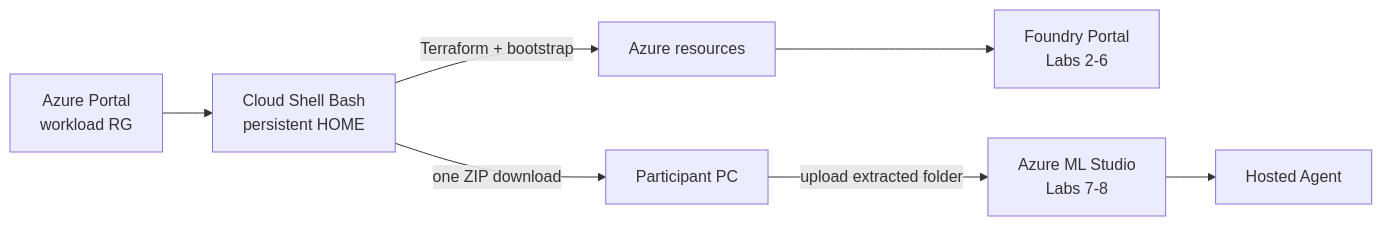
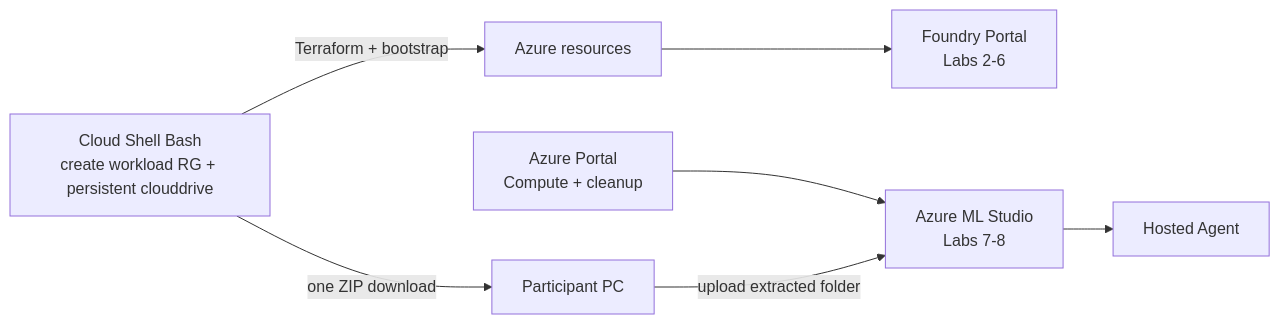
The diagram in docs/architecture.md (matayuuu/Microsoft-Foundry-Agent-Service-Handson), drawn with Mermaid before and after one commit. The commit also changed other lines of this file and 22 other files, not shown here.

Commit message:
Fix Cloud Shell persistent storage workflow

````diff
--- a/docs/architecture.md
+++ b/docs/architecture.md
@@ -28,9 +28,10 @@
 ```mermaid
 flowchart LR
-  AP[Azure Portal<br/>workload RG] --> CS[Cloud Shell Bash<br/>persistent HOME]
+  CS[Cloud Shell Bash<br/>create workload RG + persistent clouddrive]
   CS -->|Terraform + bootstrap| AZ[Azure resources]
   CS -->|one ZIP download| PC[Participant PC]
   AZ --> FP[Foundry Portal<br/>Labs 2-6]
+  AP[Azure Portal<br/>Compute + cleanup] --> ML
   PC -->|upload extracted folder| ML[Azure ML Studio<br/>Labs 7-8]
   ML --> HA[Hosted Agent]
 ```
````
